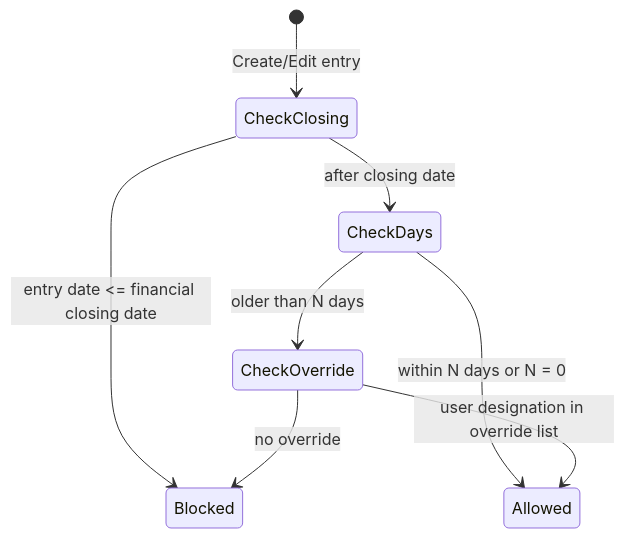
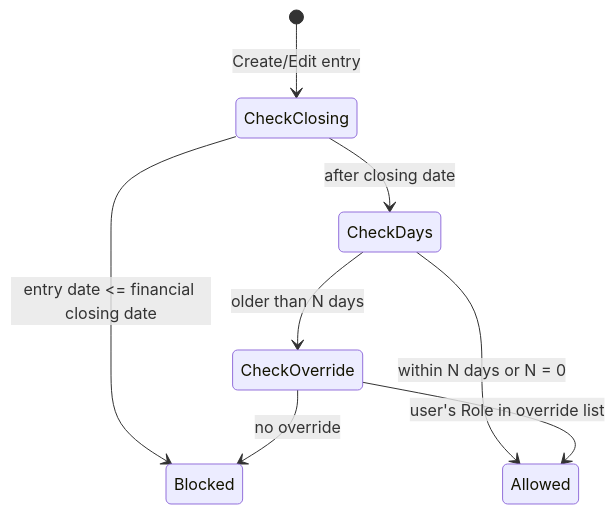
The diagram in apps/construction-management/docs/modules/12-settings-configuration.md (arunselvakumar/white-board), drawn with Mermaid before and after one commit. The commit also changed other lines of this file and 310 other files, not shown here.

````diff
--- a/apps/construction-management/docs/modules/12-settings-configuration.md
+++ b/apps/construction-management/docs/modules/12-settings-configuration.md
@@ -303,10 +305,10 @@
 ```mermaid
 stateDiagram-v2
     [*] --> CheckClosing: Create/Edit entry
     CheckClosing --> Blocked: entry date <= financial closing date
     CheckClosing --> CheckDays: after closing date
     CheckDays --> Allowed: within N days or N = 0
     CheckDays --> CheckOverride: older than N days
-    CheckOverride --> Allowed: user designation in override list
+    CheckOverride --> Allowed: user's Role in override list
     CheckOverride --> Blocked: no override
 ```
````
